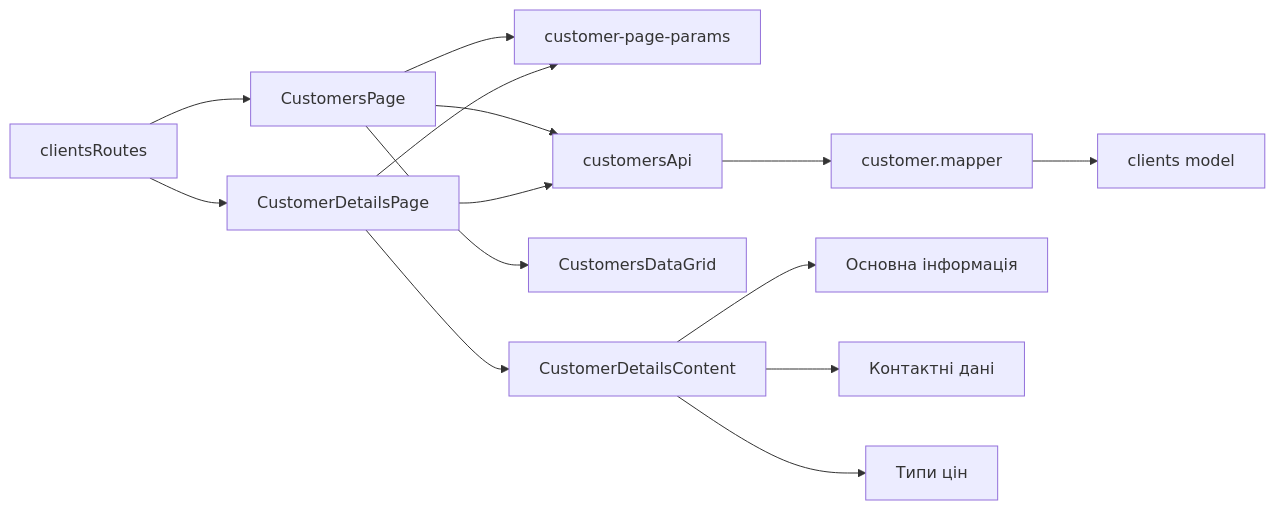
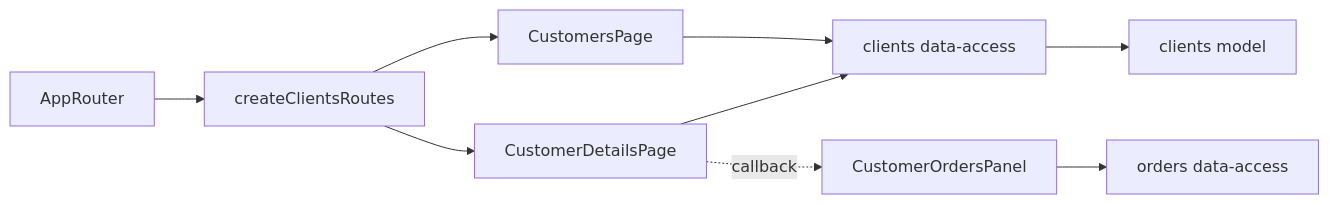
One commit to Weretik/kedr-web changed the diagram in docs/features/admin/clients.md. Above: the diagram before and after it, drawn with Mermaid. The commit also changed other lines of this file and 121 other files, not shown here.

````diff
--- a/docs/features/admin/clients.md
+++ b/docs/features/admin/clients.md
@@ -13,16 +11,11 @@
 ```mermaid
 flowchart LR
-    Routes[clientsRoutes] --> List[CustomersPage]
+    App[AppRouter] --> Routes[createClientsRoutes]
+    Routes --> List[CustomersPage]
     Routes --> Detail[CustomerDetailsPage]
-    List --> Params[customer-page-params]
-    Detail --> Params
-    List --> Api[customersApi]
+    List --> Api[clients data-access]
     Detail --> Api
-    Api --> Mapper[customer.mapper]
-    Mapper --> Model[clients model]
-    List --> Grid[CustomersDataGrid]
-    Detail --> Cards[CustomerDetailsContent]
-    Cards --> Basic[Основна інформація]
-    Cards --> Contacts[Контактні дані]
-    Cards --> Prices[Типи цін]
+    Api --> Model[clients model]
+    Detail -. callback .-> Panel[CustomerOrdersPanel]
+    Panel --> OrdersApi[orders data-access]
 ```
````
